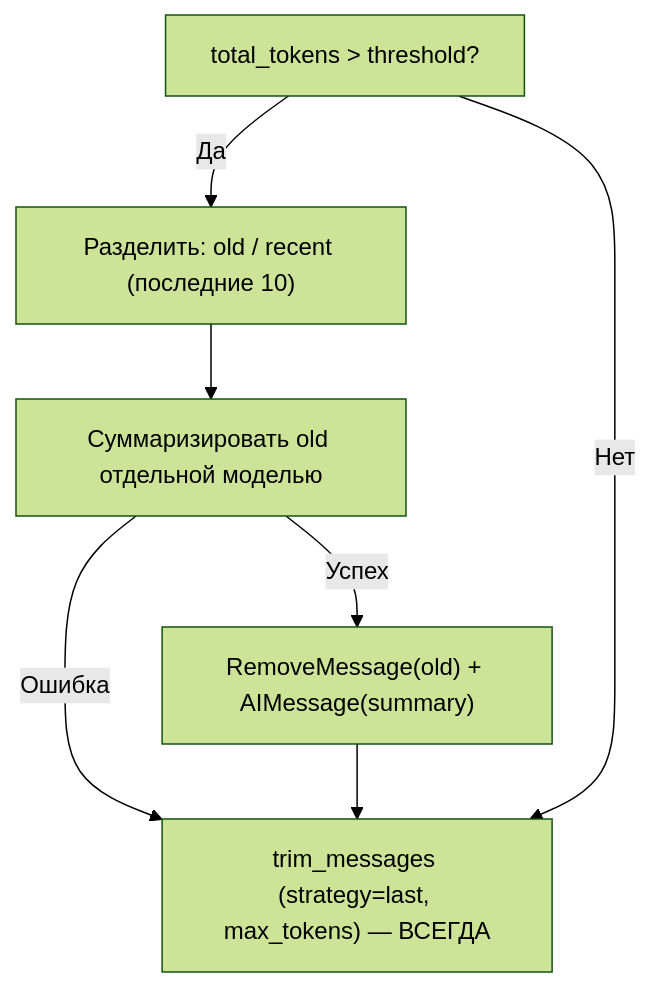
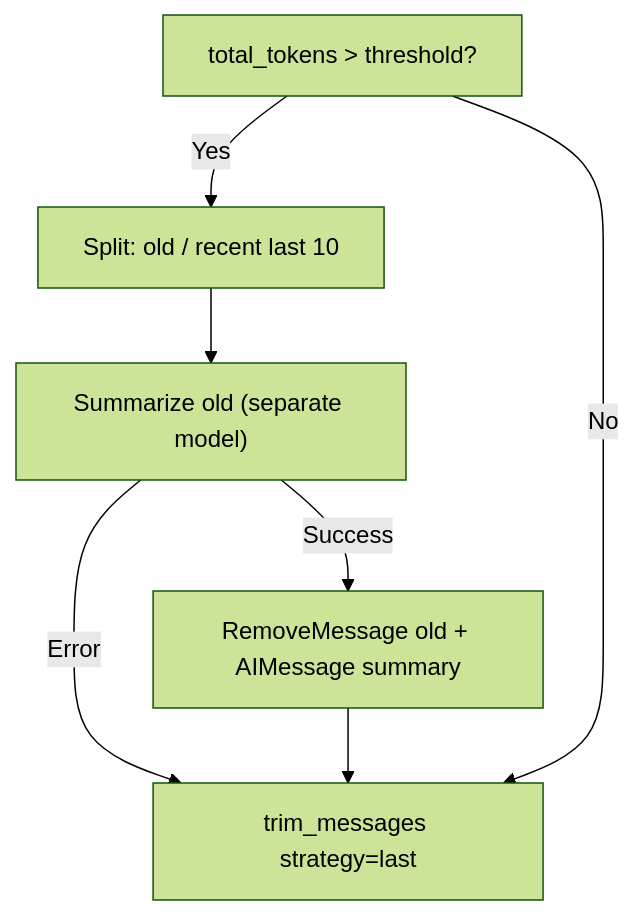
Before and after one commit to Bbar0n234/learnflow-ai: the fourth of 4 diagrams in doc/tech/agent-runtime.md, drawn with Mermaid (forest theme). The commit also changed other lines of this file and 2 other files, not shown here.

````diff
--- a/doc/tech/agent-runtime.md
+++ b/doc/tech/agent-runtime.md
@@ -173,10 +173,10 @@
 ```mermaid
 flowchart TD
-    CHECK["total_tokens > threshold?"] -->|Да| SPLIT["Разделить: old / recent (последние 10)"]
-    SPLIT --> SUMM["Суммаризировать old отдельной моделью"]
-    SUMM -->|Успех| REPLACE["RemoveMessage(old) + AIMessage(summary)"]
-    SUMM -->|Ошибка| TRIM
+    CHECK["total_tokens > threshold?"] -->|Yes| SPLIT["Split: old / recent last 10"]
+    SPLIT --> SUMM["Summarize old (separate model)"]
+    SUMM -->|Success| REPLACE["RemoveMessage old + AIMessage summary"]
+    SUMM -->|Error| TRIM
     REPLACE --> TRIM
-    CHECK -->|Нет| TRIM
-    TRIM["trim_messages (strategy=last, max_tokens) — ВСЕГДА"]
+    CHECK -->|No| TRIM
+    TRIM["trim_messages strategy=last"]
 ```
````
